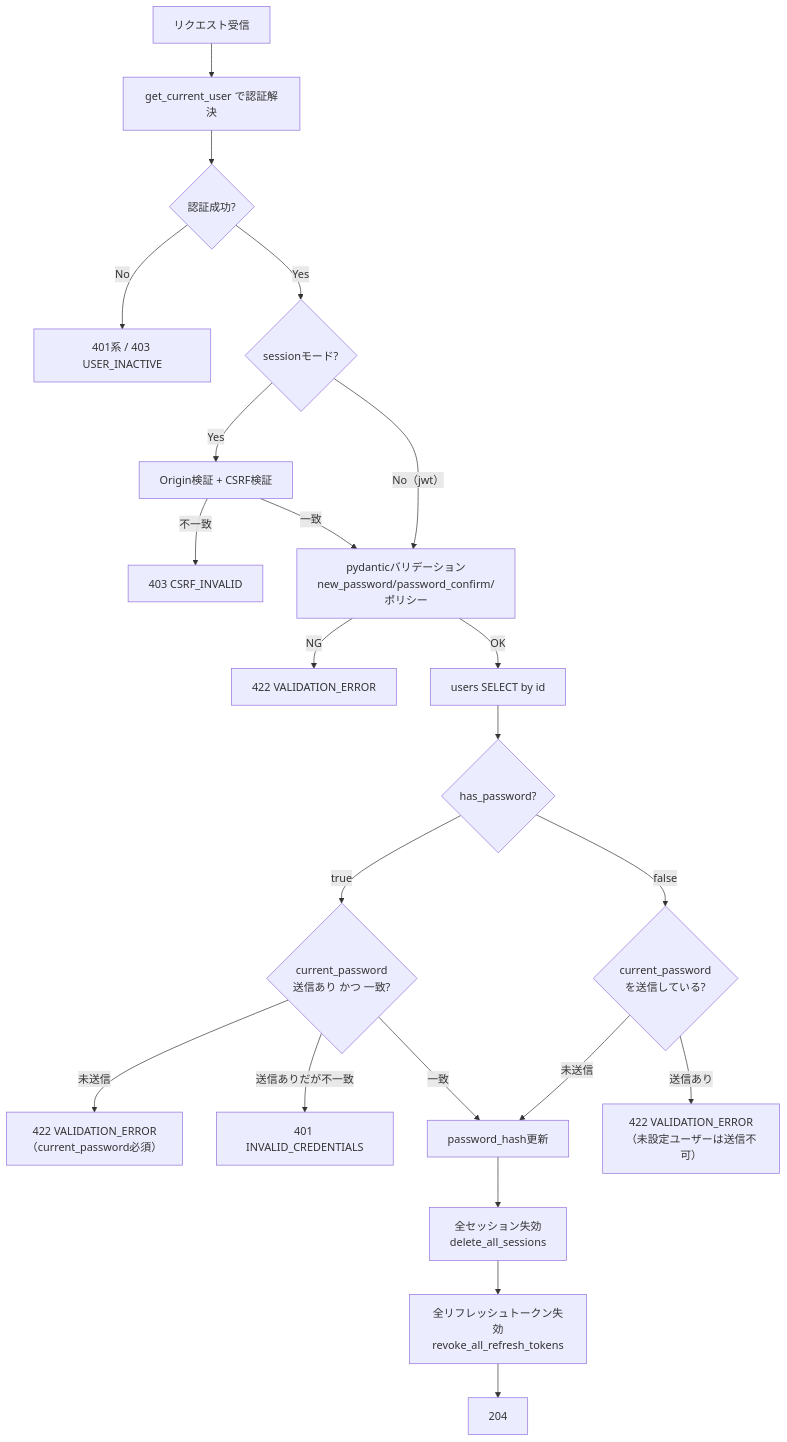
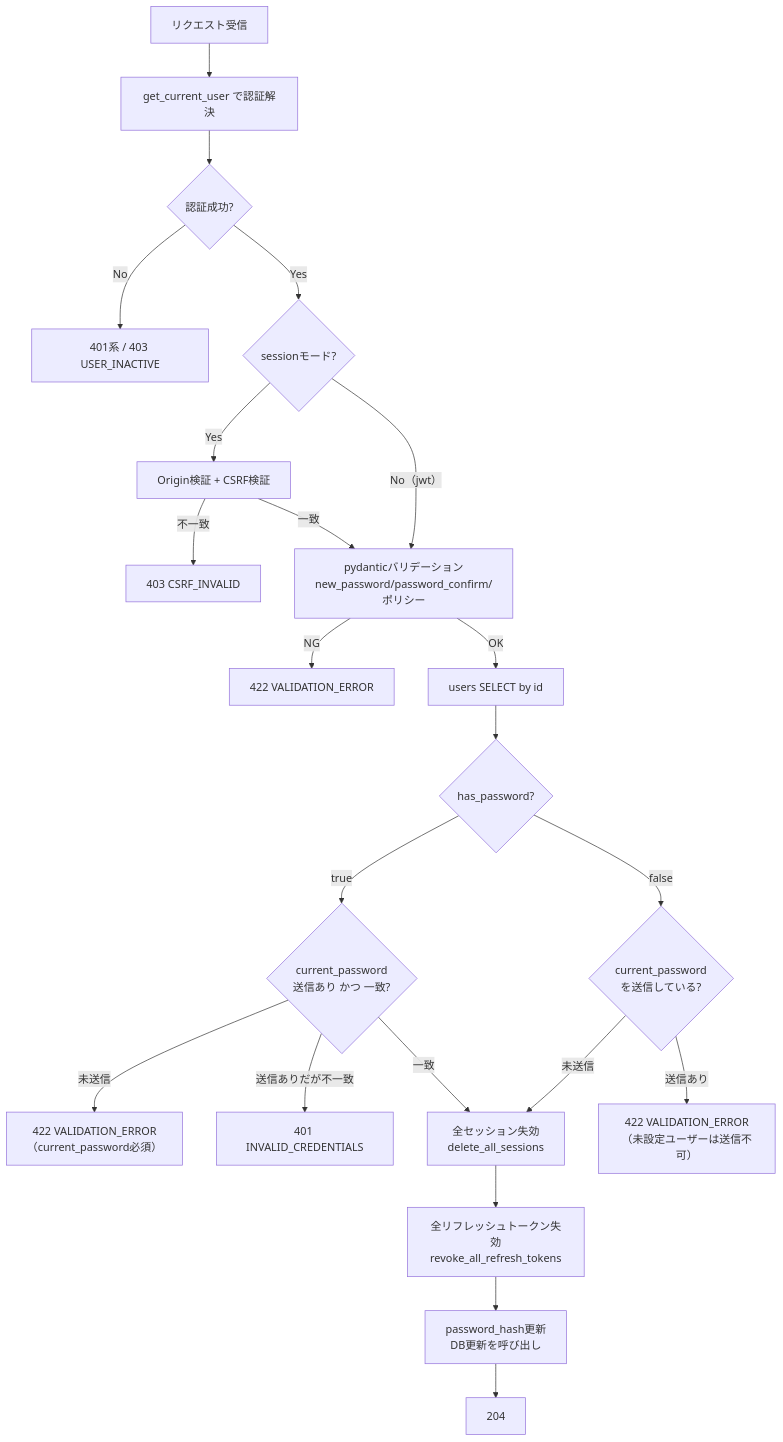
One commit to oikawa-d/task_management changed the second of 4 diagrams in docs/detailed_design/api/users/03_put_users_me_password.md. Above: the diagram before and after it, drawn with Mermaid. The commit also changed other lines of this file and 5 other files, not shown here.

````diff
--- a/docs/detailed_design/api/users/03_put_users_me_password.md
+++ b/docs/detailed_design/api/users/03_put_users_me_password.md
@@ -128,24 +130,24 @@
 ```mermaid
 flowchart TB
     A["リクエスト受信"] --> B["get_current_user で認証解決"]
     B --> C{"認証成功?"}
     C -->|"No"| E1["401系 / 403 USER_INACTIVE"]
     C -->|"Yes"| D{"sessionモード?"}
     D -->|"Yes"| E["Origin検証 + CSRF検証"]
     E -->|"不一致"| E2["403 CSRF_INVALID"]
     E -->|"一致"| F["pydanticバリデーション<br/>new_password/password_confirm/ポリシー"]
     D -->|"No（jwt）"| F
     F -->|"NG"| E3["422 VALIDATION_ERROR"]
     F -->|"OK"| G["users SELECT by id"]
     G --> H{"has_password?"}
     H -->|"true"| I{"current_password<br/>送信あり かつ 一致?"}
     I -->|"未送信"| E4["422 VALIDATION_ERROR<br/>（current_password必須）"]
     I -->|"送信ありだが不一致"| E5["401 INVALID_CREDENTIALS"]
-    I -->|"一致"| J["password_hash更新"]
+    I -->|"一致"| J["全セッション失効<br/>delete_all_sessions"]
     H -->|"false"| K{"current_password<br/>を送信している?"}
     K -->|"送信あり"| E6["422 VALIDATION_ERROR<br/>（未設定ユーザーは送信不可）"]
     K -->|"未送信"| J
-    J --> L["全セッション失効<br/>delete_all_sessions"]
-    L --> M["全リフレッシュトークン失効<br/>revoke_all_refresh_tokens"]
+    J --> L["全リフレッシュトークン失効<br/>revoke_all_refresh_tokens"]
+    L --> M["password_hash更新<br/>DB更新を呼び出し"]
     M --> N["204"]
 ```
````
